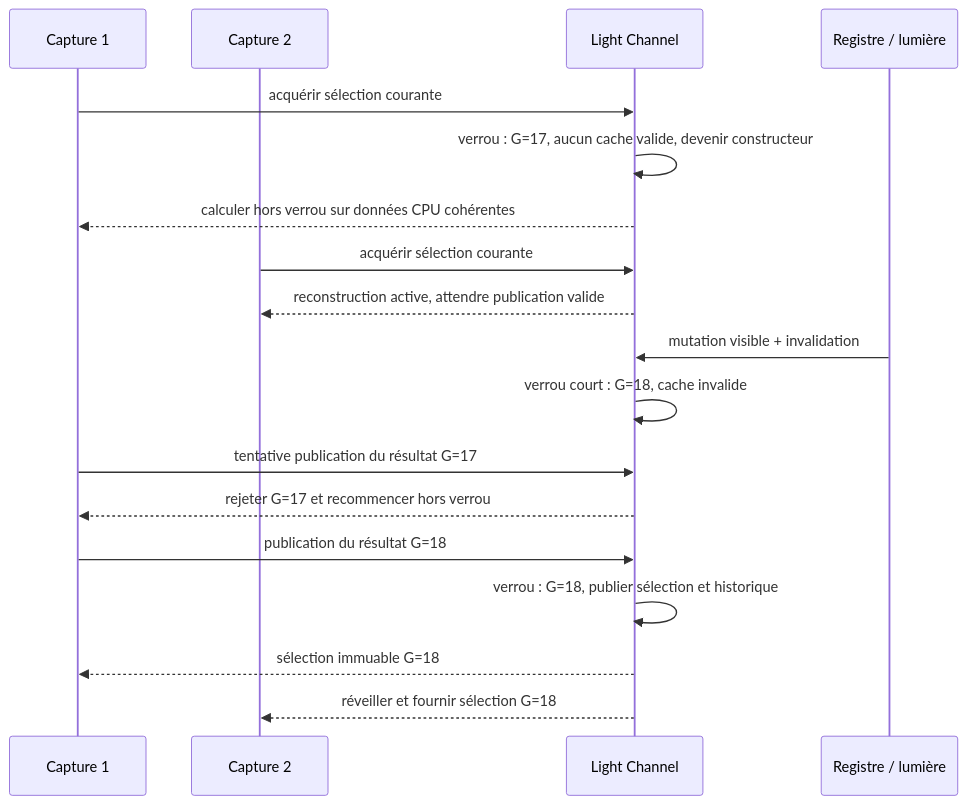
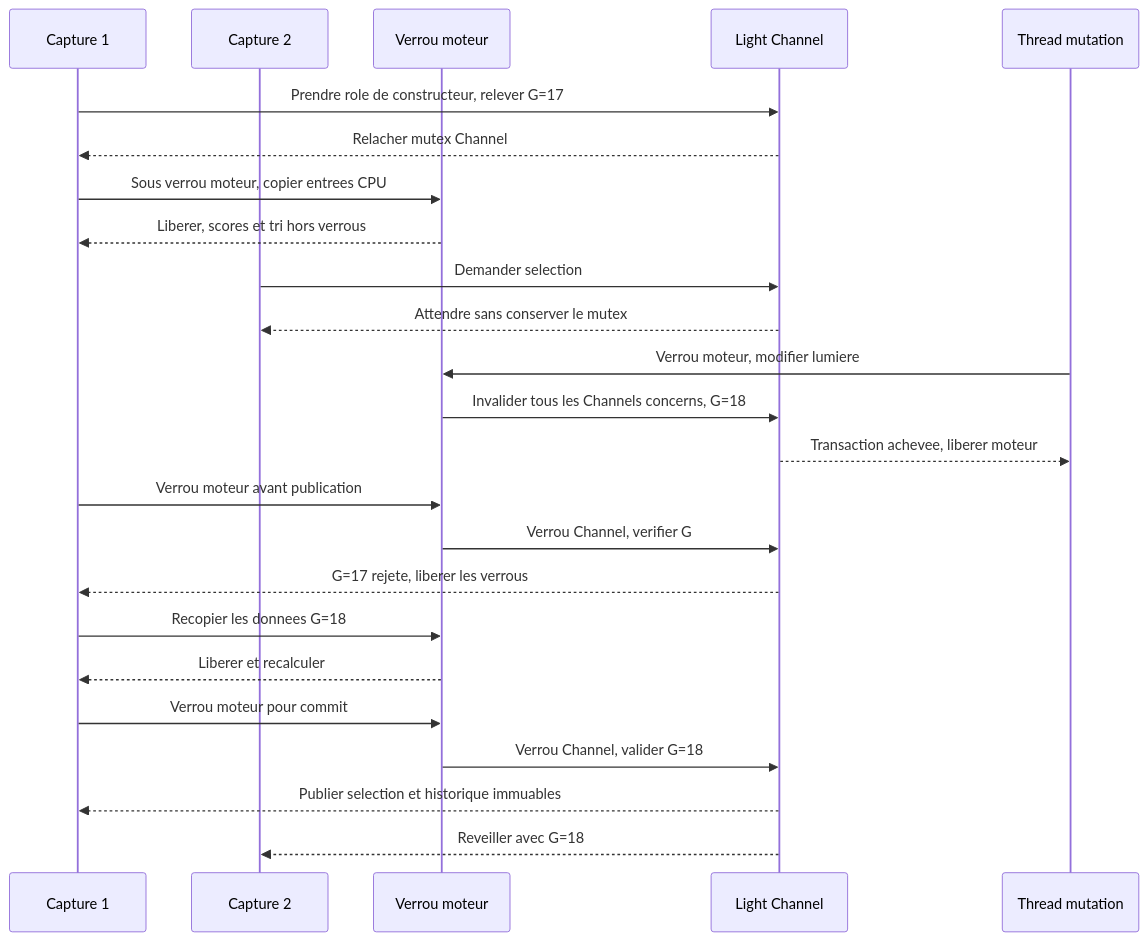
One commit to EreliaStudio/Sparkle changed diagram 11 of 15 in docs/voxel-engine-v0.1.4/08-lumieres-et-ombres.md. Above: the diagram before and after it, drawn with Mermaid. The commit also changed other lines of this file, not shown here.

Commit message:
docs(v0.1.4): specify atomic light mutation, publication and view teardown

````diff
--- a/docs/voxel-engine-v0.1.4/08-lumieres-et-ombres.md
+++ b/docs/voxel-engine-v0.1.4/08-lumieres-et-ombres.md
@@ -387,20 +395,26 @@
 ```mermaid
 sequenceDiagram
   participant C1 as Capture 1
   participant C2 as Capture 2
+  participant M as Verrou moteur
   participant CH as Light Channel
-  participant L as Registre / lumière
-  C1->>CH: acquérir sélection courante
-  CH->>CH: verrou : G=17, aucun cache valide, devenir constructeur
-  CH-->>C1: calculer hors verrou sur données CPU cohérentes
-  C2->>CH: acquérir sélection courante
-  CH-->>C2: reconstruction active, attendre publication valide
-  L->>CH: mutation visible + invalidation
-  CH->>CH: verrou court : G=18, cache invalide
-  C1->>CH: tentative publication du résultat G=17
-  CH-->>C1: rejeter G=17 et recommencer hors verrou
-  C1->>CH: publication du résultat G=18
-  CH->>CH: verrou : G=18, publier sélection et historique
-  CH-->>C1: sélection immuable G=18
-  CH-->>C2: réveiller et fournir sélection G=18
+  participant L as Thread mutation
+  C1->>CH: Prendre role de constructeur, relever G=17
+  CH-->>C1: Relacher mutex Channel
+  C1->>M: Sous verrou moteur, copier entrees CPU
+  M-->>C1: Liberer, scores et tri hors verrous
+  C2->>CH: Demander selection
+  CH-->>C2: Attendre sans conserver le mutex
+  L->>M: Verrou moteur, modifier lumiere
+  M->>CH: Invalider tous les Channels concerns, G=18
+  CH-->>L: Transaction achevee, liberer moteur
+  C1->>M: Verrou moteur avant publication
+  M->>CH: Verrou Channel, verifier G
+  CH-->>C1: G=17 rejete, liberer les verrous
+  C1->>M: Recopier les donnees G=18
+  M-->>C1: Liberer et recalculer
+  C1->>M: Verrou moteur pour commit
+  M->>CH: Verrou Channel, valider G=18
+  CH-->>C1: Publier selection et historique immuables
+  CH-->>C2: Reveiller avec G=18
 ```
````
